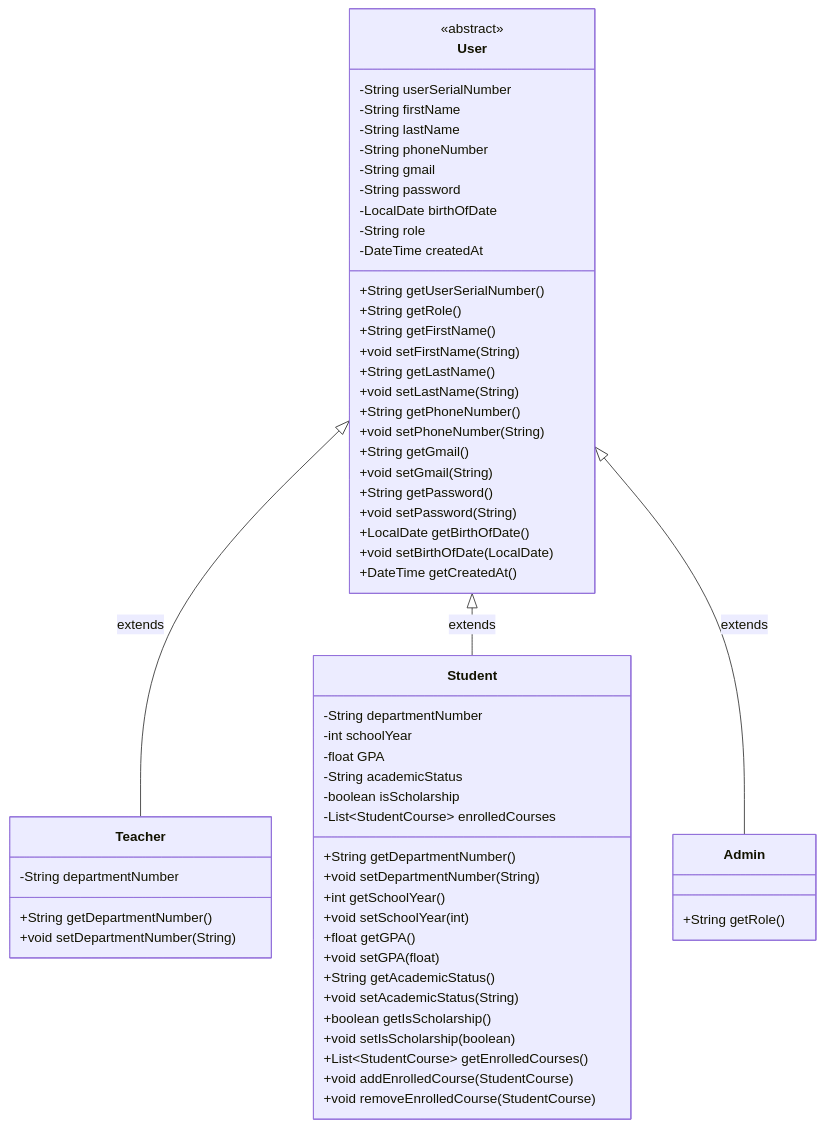
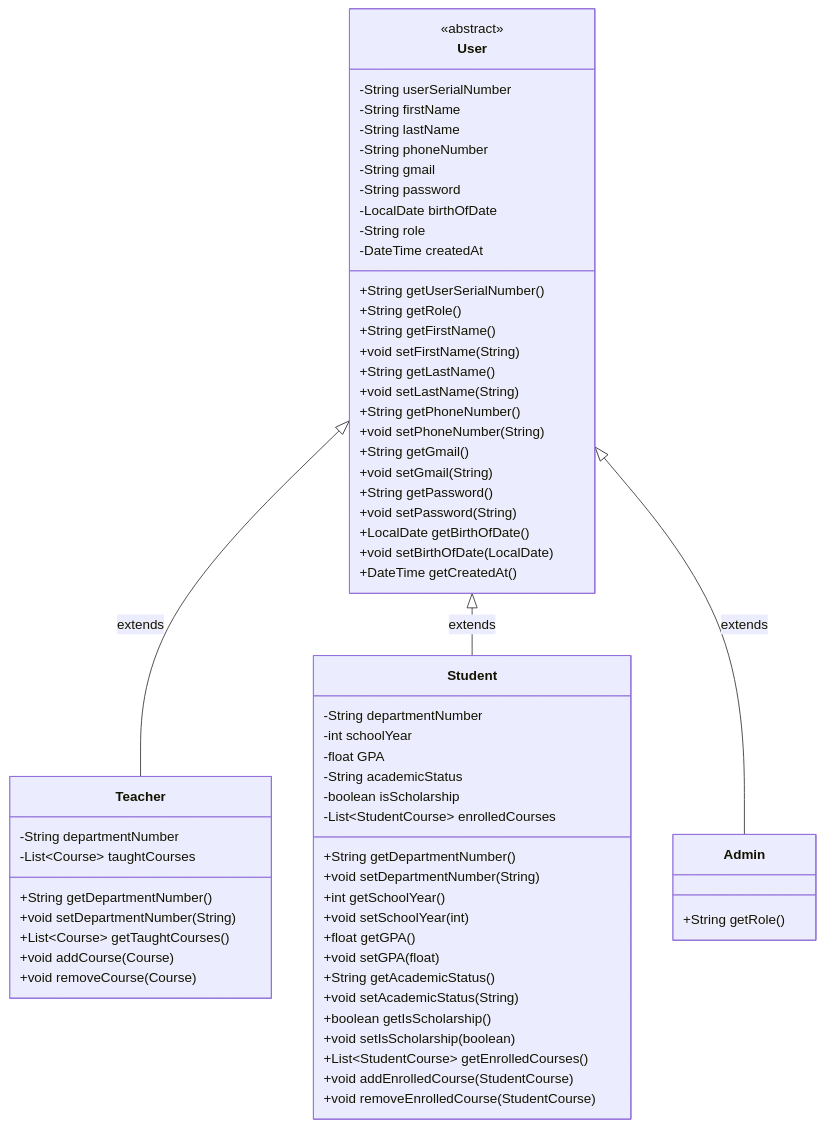
One commit to Abdelrhmansersawy/EduMatrix changed the third of 3 diagrams in README.md. Above: the diagram before and after it, drawn with Mermaid. The commit also changed other lines of this file, not shown here.

````diff
--- a/README.md
+++ b/README.md
@@ -326,67 +366,71 @@
 ```mermaid
 classDiagram
     %% User Management Diagram
     User <|-- Teacher : extends
     User <|-- Student : extends
     User <|-- Admin : extends
 
     class User {
         <<abstract>>
         -String userSerialNumber
         -String firstName
         -String lastName
         -String phoneNumber
         -String gmail
         -String password
         -LocalDate birthOfDate
         -String role
         -DateTime createdAt
         +String getUserSerialNumber()
         +String getRole()
         +String getFirstName()
         +void setFirstName(String)
         +String getLastName()
         +void setLastName(String)
         +String getPhoneNumber()
         +void setPhoneNumber(String)
         +String getGmail()
         +void setGmail(String)
         +String getPassword()
         +void setPassword(String)
         +LocalDate getBirthOfDate()
         +void setBirthOfDate(LocalDate)
         +DateTime getCreatedAt()
     }
 
     class Teacher {
         -String departmentNumber
+        -List~Course~ taughtCourses
         +String getDepartmentNumber()
         +void setDepartmentNumber(String)
+        +List~Course~ getTaughtCourses()
+        +void addCourse(Course)
+        +void removeCourse(Course)
     }
 
     class Student {
         -String departmentNumber
         -int schoolYear
         -float GPA
         -String academicStatus
         -boolean isScholarship
         -List~StudentCourse~ enrolledCourses
         +String getDepartmentNumber()
         +void setDepartmentNumber(String)
         +int getSchoolYear()
         +void setSchoolYear(int)
         +float getGPA()
         +void setGPA(float)
         +String getAcademicStatus()
         +void setAcademicStatus(String)
         +boolean getIsScholarship()
         +void setIsScholarship(boolean)
         +List~StudentCourse~ getEnrolledCourses()
         +void addEnrolledCourse(StudentCourse)
         +void removeEnrolledCourse(StudentCourse)
     }
 
     class Admin {
         +String getRole()
     }
 ```
````
